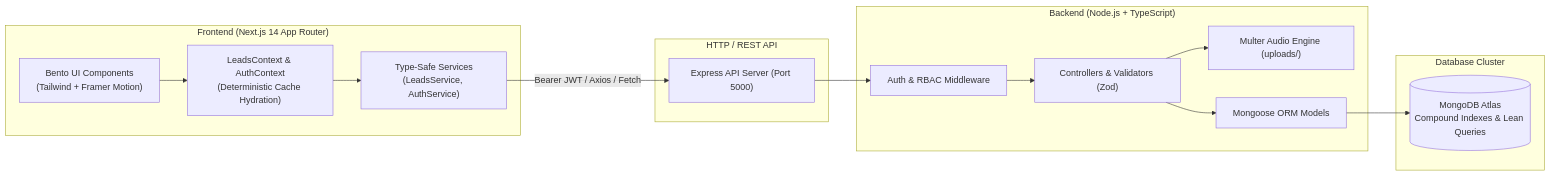
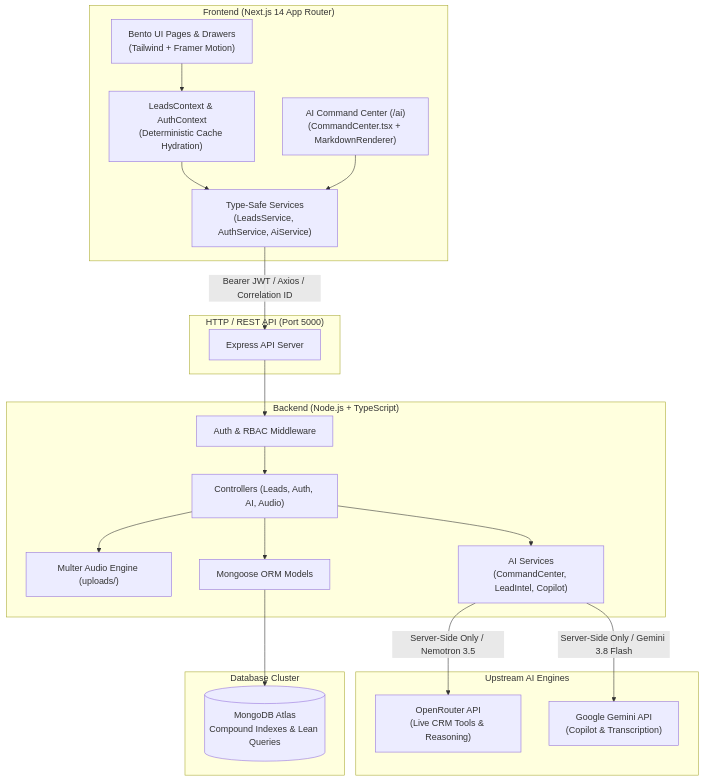
The second of 2 diagrams in README.md (Aqib1239/VA-Naxus-CRM), drawn with Mermaid before and after one commit. The commit also changed other lines of this file, not shown here.

````diff
--- a/README.md
+++ b/README.md
@@ -121,24 +141,32 @@
 ```mermaid
-graph LR
+graph TD
     subgraph Client["Frontend (Next.js 14 App Router)"]
-        UI["Bento UI Components<br/>(Tailwind + Framer Motion)"]
+        UI["Bento UI Pages & Drawers<br/>(Tailwind + Framer Motion)"]
+        CC["AI Command Center (/ai)<br/>(CommandCenter.tsx + MarkdownRenderer)"]
         Context["LeadsContext & AuthContext<br/>(Deterministic Cache Hydration)"]
-        Service["Type-Safe Services<br/>(LeadsService, AuthService)"]
+        Service["Type-Safe Services<br/>(LeadsService, AuthService, AiService)"]
         UI --> Context --> Service
+        CC --> Service
     end
 
-    subgraph Network["HTTP / REST API"]
-        Service -->|"Bearer JWT / Axios / Fetch"| Express["Express API Server (Port 5000)"]
+    subgraph Network["HTTP / REST API (Port 5000)"]
+        Service -->|"Bearer JWT / Axios / Correlation ID"| Express["Express API Server"]
     end
 
     subgraph Server["Backend (Node.js + TypeScript)"]
         Express --> AuthMw["Auth & RBAC Middleware"]
-        AuthMw --> Ctrls["Controllers & Validators (Zod)"]
+        AuthMw --> Ctrls["Controllers (Leads, Auth, AI, Audio)"]
         Ctrls --> Uploads["Multer Audio Engine (uploads/)"]
+        Ctrls --> AIServices["AI Services<br/>(CommandCenter, LeadIntel, Copilot)"]
         Ctrls --> Models["Mongoose ORM Models"]
+    end
+
+    subgraph ExternalAI["Upstream AI Engines"]
+        AIServices -->|"Server-Side Only / Nemotron 3.5"| OpenRouter["OpenRouter API<br/>(Live CRM Tools & Reasoning)"]
+        AIServices -->|"Server-Side Only / Gemini 3.8 Flash"| Gemini["Google Gemini API<br/>(Copilot & Transcription)"]
     end
 
     subgraph Database["Database Cluster"]
         Models --> Atlas[("MongoDB Atlas<br/>Compound Indexes & Lean Queries")]
     end
 ```
````
